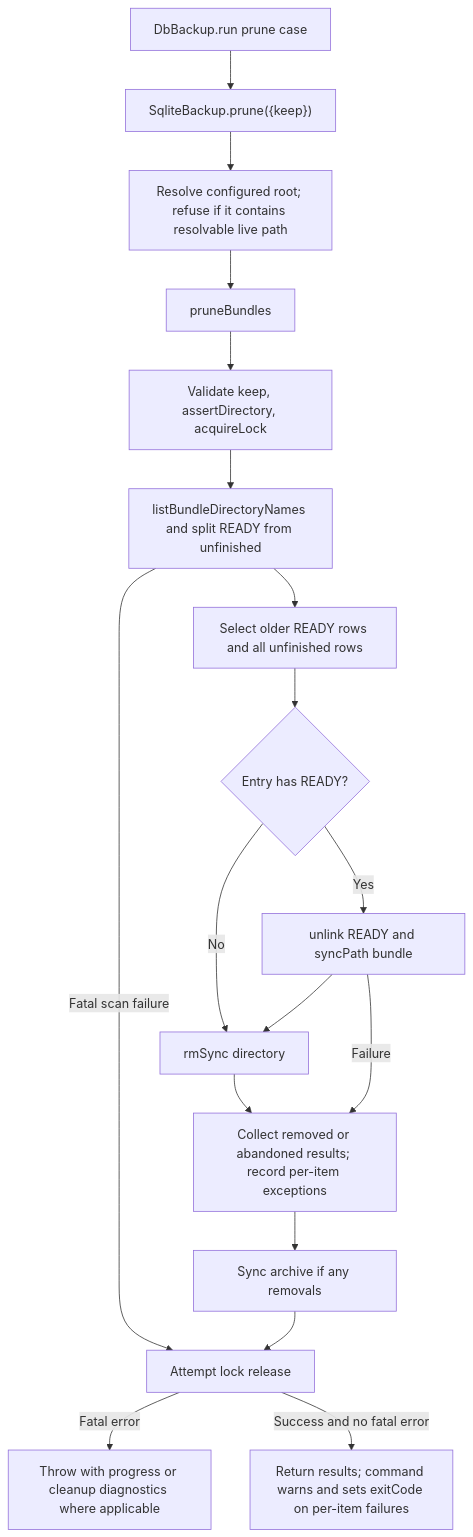
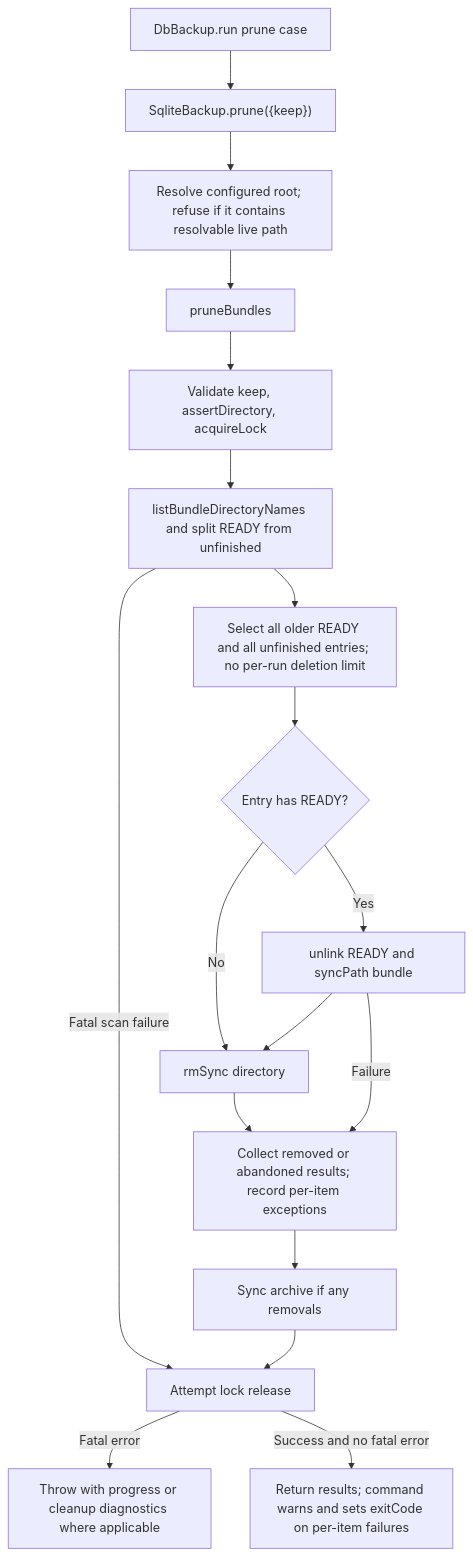
The second of 2 diagrams in user-stories/prune-bundles/us-op-05-prune-bundles.md (Kevinjohn/oss-adonisjs-sqlite-backup), drawn with Mermaid before and after one commit. The commit also changed other lines of this file and 7 other files, not shown here.

````diff
--- a/user-stories/prune-bundles/us-op-05-prune-bundles.md
+++ b/user-stories/prune-bundles/us-op-05-prune-bundles.md
@@ -46,20 +46,20 @@
 ```mermaid
 flowchart TD
     A["DbBackup.run prune case"] --> B["SqliteBackup.prune({keep})"]
     B --> B1["Resolve configured root; refuse if it contains resolvable live path"]
     B1 --> C["pruneBundles"]
     C --> D["Validate keep, assertDirectory, acquireLock"]
     D --> E["listBundleDirectoryNames and split READY from unfinished"]
-    E --> F["Select older READY rows and all unfinished rows"]
+    E --> F["Select all older READY and all unfinished entries; no per-run deletion limit"]
     F --> G{"Entry has READY?"}
     G -->|Yes| G1["unlink READY and syncPath bundle"]
     G -->|No| G2["rmSync directory"]
     G1 --> G2
     G2 --> H["Collect removed or abandoned results; record per-item exceptions"]
     G1 -->|Failure| H
     H --> S["Sync archive if any removals"]
     E -->|Fatal scan failure| I
     S --> I["Attempt lock release"]
     I -->|Fatal error| X["Throw with progress or cleanup diagnostics where applicable"]
     I -->|Success and no fatal error| J["Return results; command warns and sets exitCode on per-item failures"]
 ```
````
